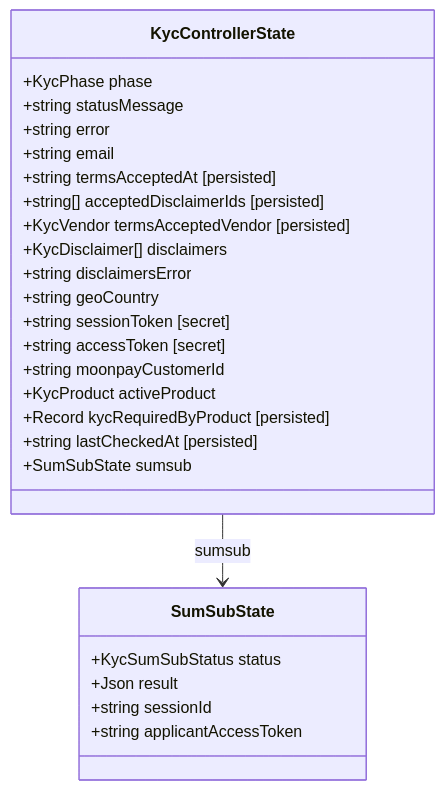
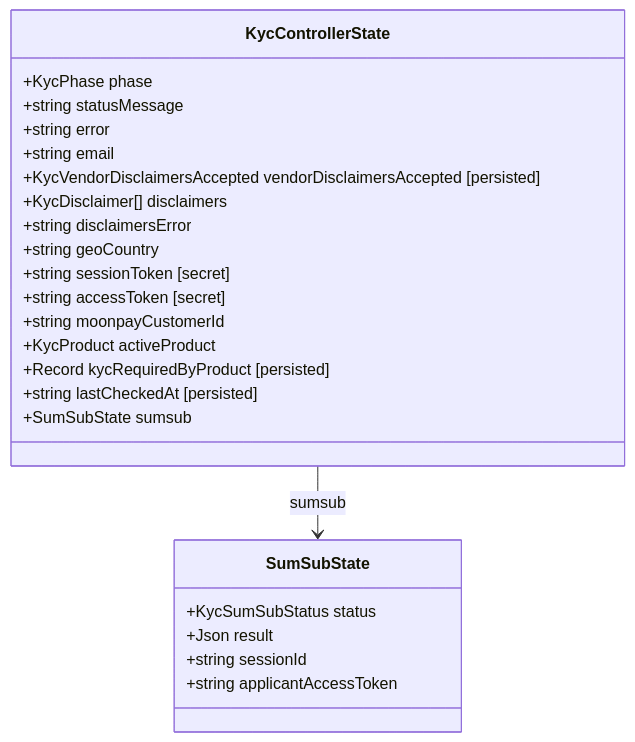
Before and after one commit to MetaMask/core: the second of 10 diagrams in packages/kyc-controller/ARCHITECTURE.md, drawn with Mermaid. The commit also changed other lines of this file and 5 other files, not shown here.

Commit message:
combine termsAcceptedAt and acceptedDisclaimerIds into vendorDisclaimersAccepted

````diff
--- a/packages/kyc-controller/ARCHITECTURE.md
+++ b/packages/kyc-controller/ARCHITECTURE.md
@@ -173,29 +173,27 @@
 ```mermaid
 classDiagram
     class KycControllerState {
         +KycPhase phase
         +string statusMessage
         +string error
         +string email
-        +string termsAcceptedAt [persisted]
-        +string[] acceptedDisclaimerIds [persisted]
-        +KycVendor termsAcceptedVendor [persisted]
+        +KycVendorDisclaimersAccepted vendorDisclaimersAccepted [persisted]
         +KycDisclaimer[] disclaimers
         +string disclaimersError
         +string geoCountry
         +string sessionToken [secret]
         +string accessToken [secret]
         +string moonpayCustomerId
         +KycProduct activeProduct
         +Record kycRequiredByProduct [persisted]
         +string lastCheckedAt [persisted]
         +SumSubState sumsub
     }
     class SumSubState {
         +KycSumSubStatus status
         +Json result
         +string sessionId
         +string applicantAccessToken
     }
     KycControllerState --> SumSubState : sumsub
 ```
````
